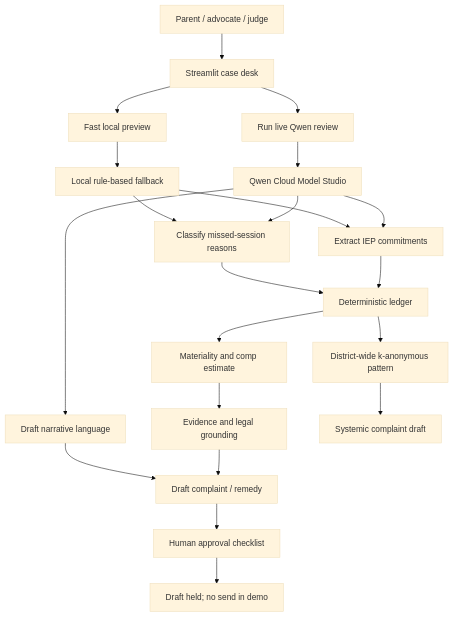
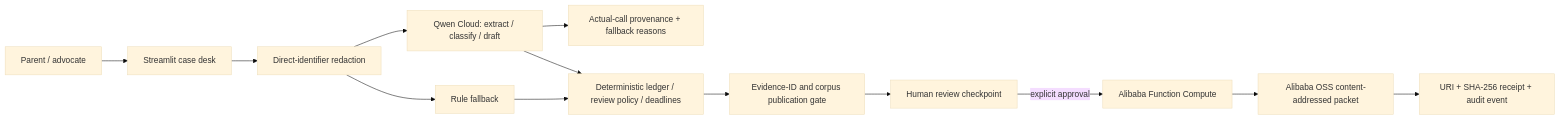
The first of 2 diagrams in docs/architecture.md (ankitlade12/due-process-iep-agent), drawn with Mermaid (base theme) before and after one commit. The commit also changed other lines of this file and 42 other files, not shown here.

````diff
--- a/docs/architecture.md
+++ b/docs/architecture.md
@@ -13,28 +7,15 @@
 ```mermaid
-flowchart TD
-    USER["Parent / advocate / judge"] --> DESK["Streamlit case desk"]
-    DESK --> RUN["Run live Qwen review"]
-    DESK --> PREVIEW["Fast local preview"]
-
-    RUN --> QWEN["Qwen Cloud Model Studio"]
-    PREVIEW --> RULES["Local rule-based fallback"]
-
-    QWEN --> EXTRACT["Extract IEP commitments"]
-    QWEN --> CLASSIFY["Classify missed-session reasons"]
-    QWEN --> NARRATIVE["Draft narrative language"]
-
-    RULES --> EXTRACT
-    RULES --> CLASSIFY
-
-    EXTRACT --> LEDGER["Deterministic ledger"]
-    CLASSIFY --> LEDGER
-    LEDGER --> MATERIALITY["Materiality and comp estimate"]
-    MATERIALITY --> GROUNDING["Evidence and legal grounding"]
-    GROUNDING --> DRAFT["Draft complaint / remedy"]
-    NARRATIVE --> DRAFT
-    DRAFT --> APPROVAL["Human approval checklist"]
-    APPROVAL --> HOLD["Draft held; no send in demo"]
-
-    LEDGER --> SYSTEMIC["District-wide k-anonymous pattern"]
-    SYSTEMIC --> SYS_DRAFT["Systemic complaint draft"]
+flowchart LR
+    U["Parent / advocate"] --> UI["Streamlit case desk"]
+    UI --> R["Direct-identifier redaction"]
+    R --> Q["Qwen Cloud: extract / classify / draft"]
+    Q --> P["Actual-call provenance + fallback reasons"]
+    R --> F["Rule fallback"]
+    Q --> D["Deterministic ledger / review policy / deadlines"]
+    F --> D
+    D --> G["Evidence-ID and corpus publication gate"]
+    G --> H["Human review checkpoint"]
+    H -->|"explicit approval"| FC["Alibaba Function Compute"]
+    FC --> OSS["Alibaba OSS content-addressed packet"]
+    OSS --> RCPT["URI + SHA-256 receipt + audit event"]
 ```
````
